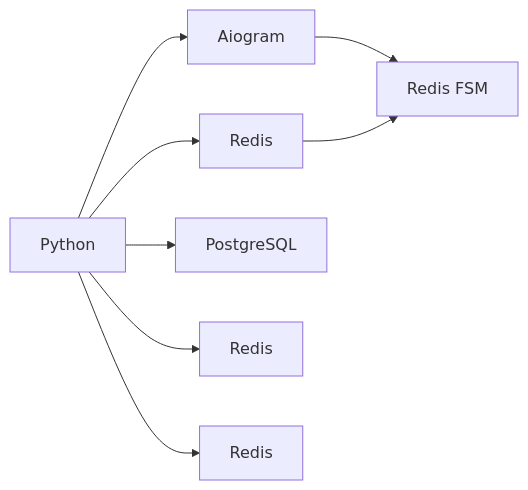
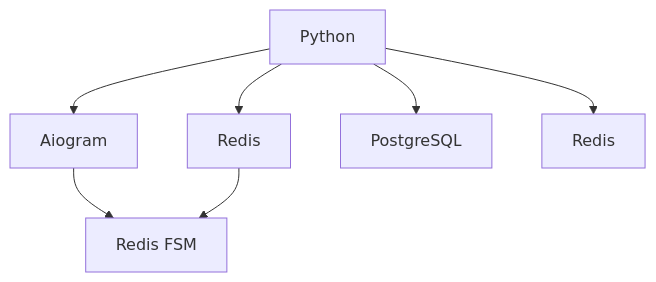
Before and after one commit to nihosprop/nihosprop: the diagram in diagram.mmd, drawn with Mermaid.

Commit message:
refactor(svg_config): update

```diff
--- a/diagram.mmd
+++ b/diagram.mmd
@@ -1,8 +1,7 @@
-graph LR
+graph TB
     A[Python] --> B[Aiogram]
     B --> BA[Redis FSM]
     C --> BA[Redis FSM]
     A --> C[Redis]
     A --> D[PostgreSQL]
     A --> E[Redis]
-    A --> F[Redis]
```
